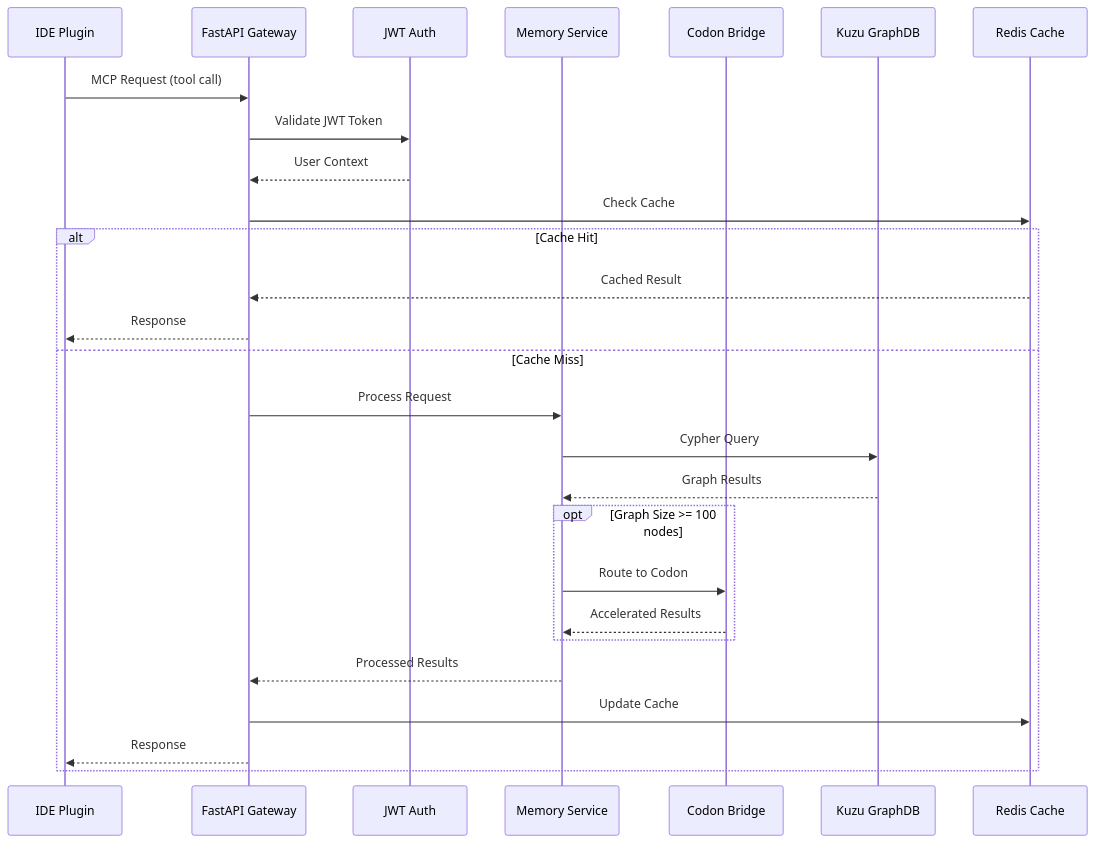
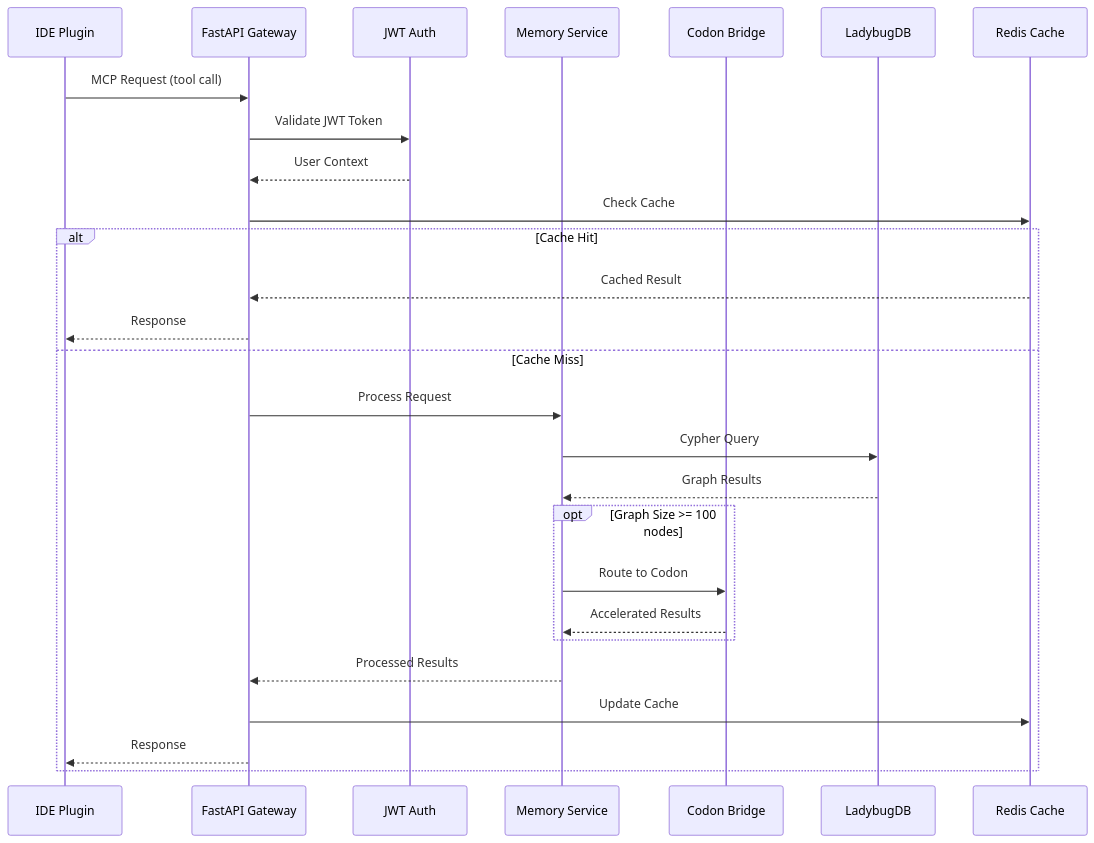
One commit to elementalcollision/GraphMemory-IDE changed the second of 6 diagrams in docs/architecture/ARCHITECTURE_OVERVIEW.md. Above: the diagram before and after it, drawn with Mermaid. The commit also changed other lines of this file and 120 other files, not shown here.

First line of the commit message:
Kuzu → LadybugDB migration (Phases 0–9 + follow-up) (#4)

````diff
--- a/docs/architecture/ARCHITECTURE_OVERVIEW.md
+++ b/docs/architecture/ARCHITECTURE_OVERVIEW.md
@@ -116,33 +116,33 @@
 ```mermaid
 sequenceDiagram
     participant IDE as IDE Plugin
     participant GW as FastAPI Gateway
     participant AUTH as JWT Auth
     participant MEM as Memory Service
     participant BRIDGE as Codon Bridge
-    participant KUZU as Kuzu GraphDB
+    participant LADYBUG as LadybugDB
     participant REDIS as Redis Cache
 
     IDE->>GW: MCP Request (tool call)
     GW->>AUTH: Validate JWT Token
     AUTH-->>GW: User Context
 
     GW->>REDIS: Check Cache
     alt Cache Hit
         REDIS-->>GW: Cached Result
         GW-->>IDE: Response
     else Cache Miss
         GW->>MEM: Process Request
-        MEM->>KUZU: Cypher Query
-        KUZU-->>MEM: Graph Results
+        MEM->>LADYBUG: Cypher Query
+        LADYBUG-->>MEM: Graph Results
 
         opt Graph Size >= 100 nodes
             MEM->>BRIDGE: Route to Codon
             BRIDGE-->>MEM: Accelerated Results
         end
 
         MEM-->>GW: Processed Results
         GW->>REDIS: Update Cache
         GW-->>IDE: Response
     end
 ```
````
